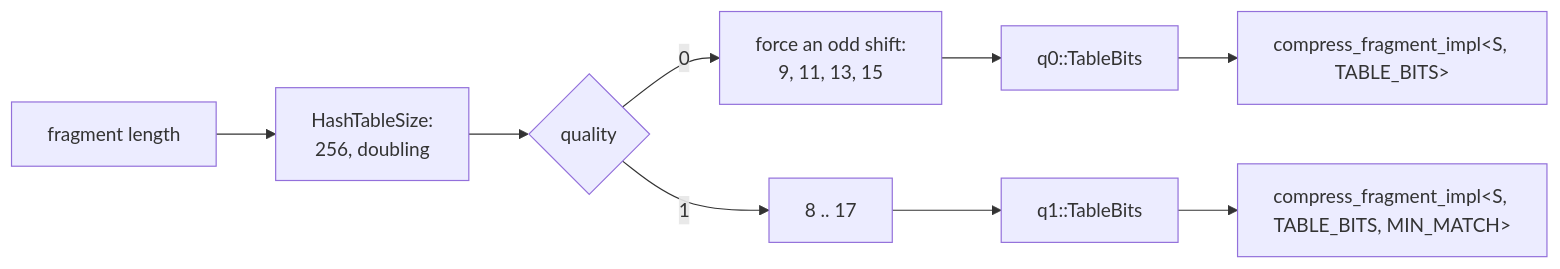
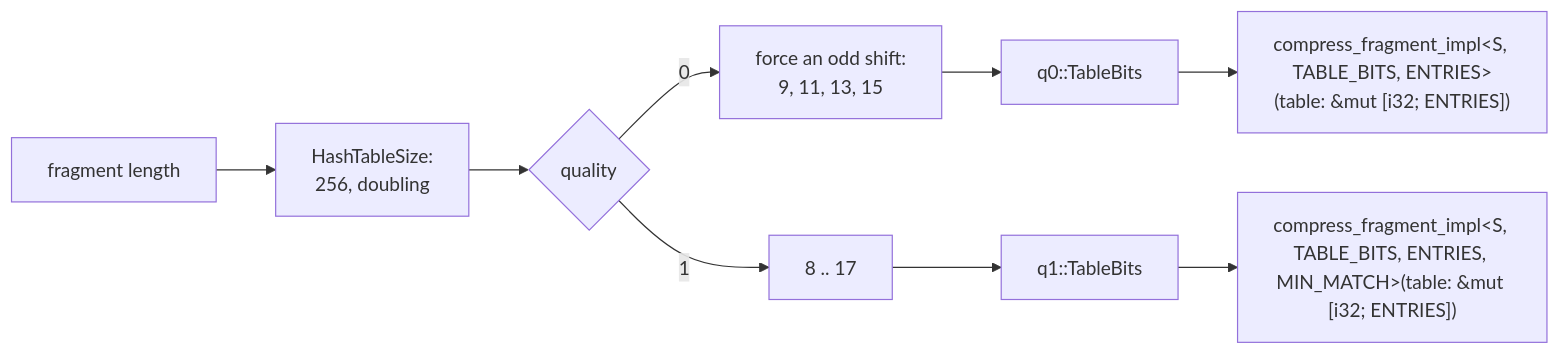
One commit to Mnwa/mbrotli changed the tenth of 10 diagrams in architecture/fast-encoder.md. Above: the diagram before and after it, drawn with Mermaid. The commit also changed other lines of this file and 22 other files, not shown here.

````diff
--- a/architecture/fast-encoder.md
+++ b/architecture/fast-encoder.md
@@ -362,11 +392,11 @@
 ```mermaid
 flowchart LR
     A["fragment length"] --> B["HashTableSize:<br/>256, doubling"]
     B --> C{quality}
     C -->|0| D["force an odd shift:<br/>9, 11, 13, 15"]
     C -->|1| E["8 .. 17"]
     D --> F["q0::TableBits"]
     E --> G["q1::TableBits"]
-    F --> H["compress_fragment_impl&lt;S, TABLE_BITS&gt;"]
-    G --> I["compress_fragment_impl&lt;S, TABLE_BITS, MIN_MATCH&gt;"]
+    F --> H["compress_fragment_impl&lt;S, TABLE_BITS, ENTRIES&gt;(table: &amp;mut [i32; ENTRIES])"]
+    G --> I["compress_fragment_impl&lt;S, TABLE_BITS, ENTRIES, MIN_MATCH&gt;(table: &amp;mut [i32; ENTRIES])"]
 ```
````
